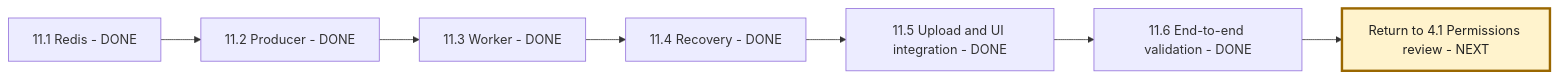
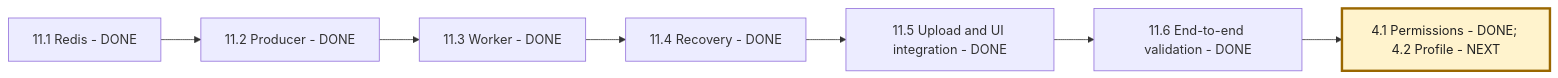
The third of 3 diagrams in NEXAAI_ROADMAP.md (msdian0007/nexaAi), drawn with Mermaid before and after one commit. The commit also changed other lines of this file and 7 other files, not shown here.

````diff
--- a/NEXAAI_ROADMAP.md
+++ b/NEXAAI_ROADMAP.md
@@ -248,10 +252,10 @@
 ```mermaid
 flowchart LR
     A[11.1 Redis - DONE] --> B[11.2 Producer - DONE]
     B --> C[11.3 Worker - DONE]
     C --> D[11.4 Recovery - DONE]
     D --> E[11.5 Upload and UI integration - DONE]
     E --> F[11.6 End-to-end validation - DONE]
-    F --> G[Return to 4.1 Permissions review - NEXT]
+    F --> G[4.1 Permissions - DONE; 4.2 Profile - NEXT]
     style G fill:#fff3cd,stroke:#9a6700,stroke-width:3px,color:#222
 ```
````
